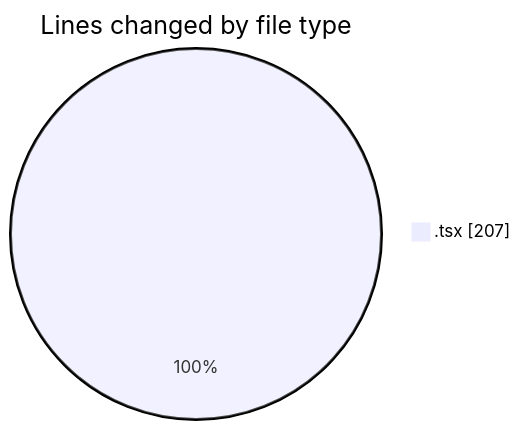
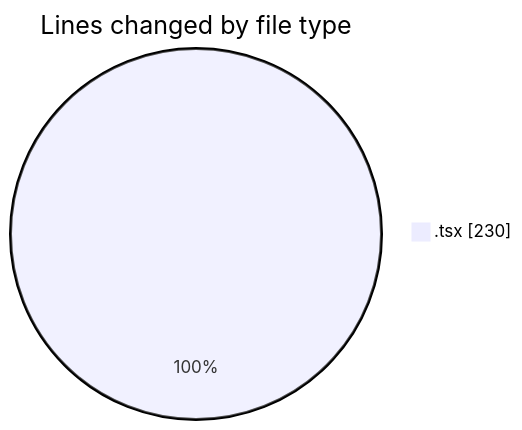
One commit to momahboobian/code-tracking changed the first of 2 diagrams in 2025-06-17/cda/README.md. Above: the diagram before and after it, drawn with Mermaid. The commit also changed other lines of this file and 1 other file, not shown here.

````diff
--- a/2025-06-17/cda/README.md
+++ b/2025-06-17/cda/README.md
@@ -21,5 +21,5 @@
 ```mermaid
 pie showData
 title Lines changed by file type
-".tsx" : 207
+".tsx" : 230
 ```
````
